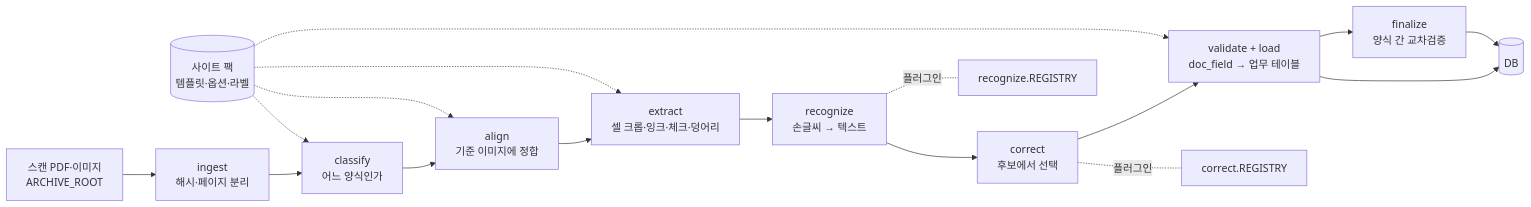
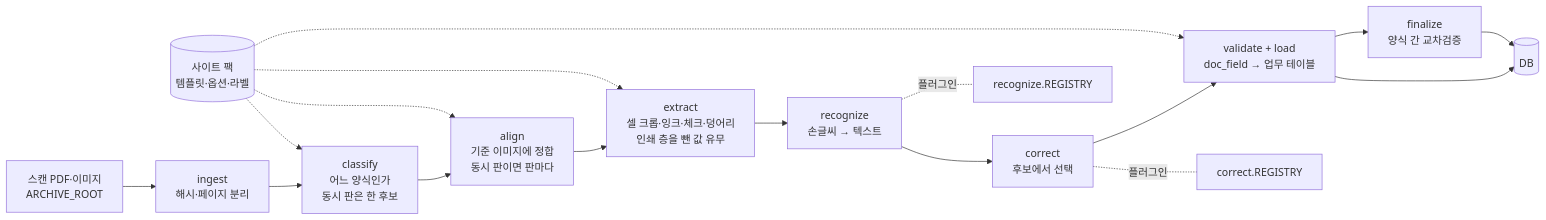
Before and after one commit to junhpark/mine-docscan: the first of 2 diagrams in docs/ARCHITECTURE.md, drawn with Mermaid. The commit also changed other lines of this file and 48 other files, not shown here.

````diff
--- a/docs/ARCHITECTURE.md
+++ b/docs/ARCHITECTURE.md
@@ -27,16 +27,16 @@
 ```mermaid
 flowchart LR
   A[스캔 PDF·이미지<br/>ARCHIVE_ROOT] --> B[ingest<br/>해시·페이지 분리]
-  B --> C[classify<br/>어느 양식인가]
-  C --> D[align<br/>기준 이미지에 정합]
-  D --> E[extract<br/>셀 크롭·잉크·체크·덩어리]
+  B --> C[classify<br/>어느 양식인가<br/>동시 판은 한 후보]
+  C --> D[align<br/>기준 이미지에 정합<br/>동시 판이면 판마다]
+  D --> E[extract<br/>셀 크롭·잉크·체크·덩어리<br/>인쇄 층을 뺀 값 유무]
   E --> F[recognize<br/>손글씨 → 텍스트]
   F --> G[correct<br/>후보에서 선택]
   G --> H[validate + load<br/>doc_field → 업무 테이블]
   H --> I[finalize<br/>양식 간 교차검증]
   SP[(사이트 팩<br/>템플릿·옵션·라벨)] -.-> C & D & E & H
   F -.플러그인.- R[recognize.REGISTRY]
   G -.플러그인.- K[correct.REGISTRY]
   H --> DB[(DB)]
   I --> DB
 ```
````
